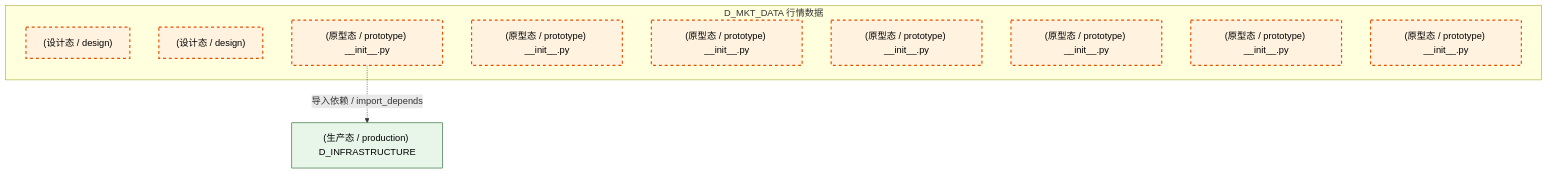
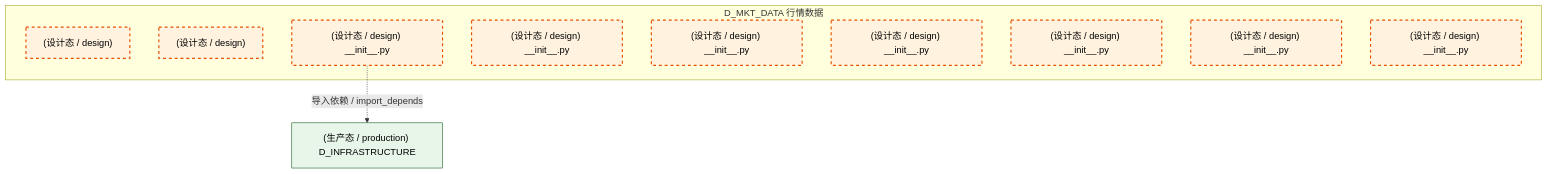
The first of 4 diagrams in docs/02_enterprise_architecture/02_domain_architecture_docs/20_d_mkt_data.md (xuanFelixVan/ZephyrAlpha), drawn with Mermaid before and after one commit. The commit also changed other lines of this file and 177 other files, not shown here.

````diff
--- a/docs/02_enterprise_architecture/02_domain_architecture_docs/20_d_mkt_data.md
+++ b/docs/02_enterprise_architecture/02_domain_architecture_docs/20_d_mkt_data.md
@@ -71,22 +70,22 @@
 ```mermaid
 graph TD
     subgraph D_MKT_DATA["D_MKT_DATA 行情数据"]
         docs_03_modules_cross_layer_database_sub_blueprints_c1_market_clickhouse_md["(设计态 / design) "]
         docs_03_modules_domain_data_data_source_operation_manual_md["(设计态 / design) "]
-        src_zephyr_market_data_init_py["(原型态 / prototype) __init__.py"]
-        src_zephyr_market_data_extensions_init_py["(原型态 / prototype) __init__.py"]
-        src_zephyr_market_data_api_init_py["(原型态 / prototype) __init__.py"]
-        src_zephyr_market_data_core_init_py["(原型态 / prototype) __init__.py"]
-        src_zephyr_market_data_infrastructure_init_py["(原型态 / prototype) __init__.py"]
-        src_zephyr_market_data_models_init_py["(原型态 / prototype) __init__.py"]
-        src_zephyr_market_data_services_init_py["(原型态 / prototype) __init__.py"]
+        src_zephyr_market_data_init_py["(设计态 / design) __init__.py"]
+        src_zephyr_market_data_extensions_init_py["(设计态 / design) __init__.py"]
+        src_zephyr_market_data_api_init_py["(设计态 / design) __init__.py"]
+        src_zephyr_market_data_core_init_py["(设计态 / design) __init__.py"]
+        src_zephyr_market_data_infrastructure_init_py["(设计态 / design) __init__.py"]
+        src_zephyr_market_data_models_init_py["(设计态 / design) __init__.py"]
+        src_zephyr_market_data_services_init_py["(设计态 / design) __init__.py"]
     end
     D_INFRASTRUCTURE["(生产态 / production) D_INFRASTRUCTURE"]
     src_zephyr_market_data_init_py -.->|导入依赖 / import_depends| D_INFRASTRUCTURE
     classDef production fill:#e1f5fe,stroke:#01579b,stroke-width:2px,color:#000
     classDef design fill:#fff3e0,stroke:#e65100,stroke-width:2px,color:#000,stroke-dasharray: 5 5
     classDef external_prod fill:#e8f5e9,stroke:#1b5e20,stroke-width:1px,color:#000
     classDef external_design fill:#fce4ec,stroke:#880e4f,stroke-width:1px,color:#000,stroke-dasharray: 5 5
     class docs_03_modules_cross_layer_database_sub_blueprints_c1_market_clickhouse_md,docs_03_modules_domain_data_data_source_operation_manual_md,src_zephyr_market_data_init_py,src_zephyr_market_data_extensions_init_py,src_zephyr_market_data_api_init_py,src_zephyr_market_data_core_init_py,src_zephyr_market_data_infrastructure_init_py,src_zephyr_market_data_models_init_py,src_zephyr_market_data_services_init_py design
     class D_INFRASTRUCTURE external_prod
 ```
````
